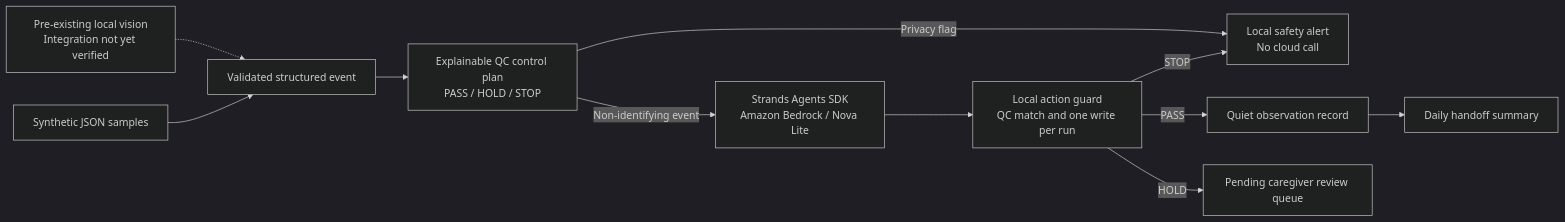
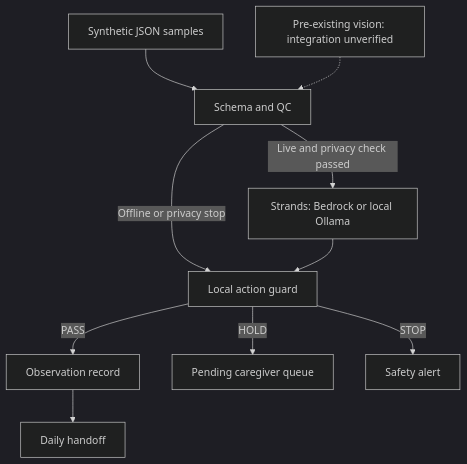
One commit to mainitika-ship-it/yasashii-bowel-care-agent changed the diagram in README.md. Above: the diagram before and after it, drawn with Mermaid (dark theme). The commit also changed other lines of this file and 20 other files, not shown here.

Commit message:
Add optional local Strands model route and verified hackathon materials

````diff
--- a/README.md
+++ b/README.md
@@ -54,13 +56,12 @@
 ```mermaid
-flowchart LR
-    B[Pre-existing local vision<br/>Integration not yet verified] -.-> C[Validated structured event]
-    A[Synthetic JSON samples] --> C
-    C --> D[Explainable QC control plan<br/>PASS / HOLD / STOP]
-    D -->|Privacy flag| H[Local safety alert<br/>No cloud call]
-    D -->|Non-identifying event| E[Strands Agents SDK<br/>Amazon Bedrock / Nova Lite]
-    E --> K[Local action guard<br/>QC match and one write per run]
-    K -->|PASS| F[Quiet observation record]
-    K -->|HOLD| G[Pending caregiver review queue]
-    K -->|STOP| H
-    F --> I[Daily handoff summary]
+flowchart TD
+    A[Synthetic JSON samples] --> C[Schema and QC]
+    B[Pre-existing vision: integration unverified] -.-> C
+    C -->|Live and privacy check passed| E[Strands: Bedrock or local Ollama]
+    C -->|Offline or privacy stop| K[Local action guard]
+    E --> K
+    K -->|PASS| F[Observation record]
+    K -->|HOLD| G[Pending caregiver queue]
+    K -->|STOP| H[Safety alert]
+    F --> I[Daily handoff]
 ```
````
